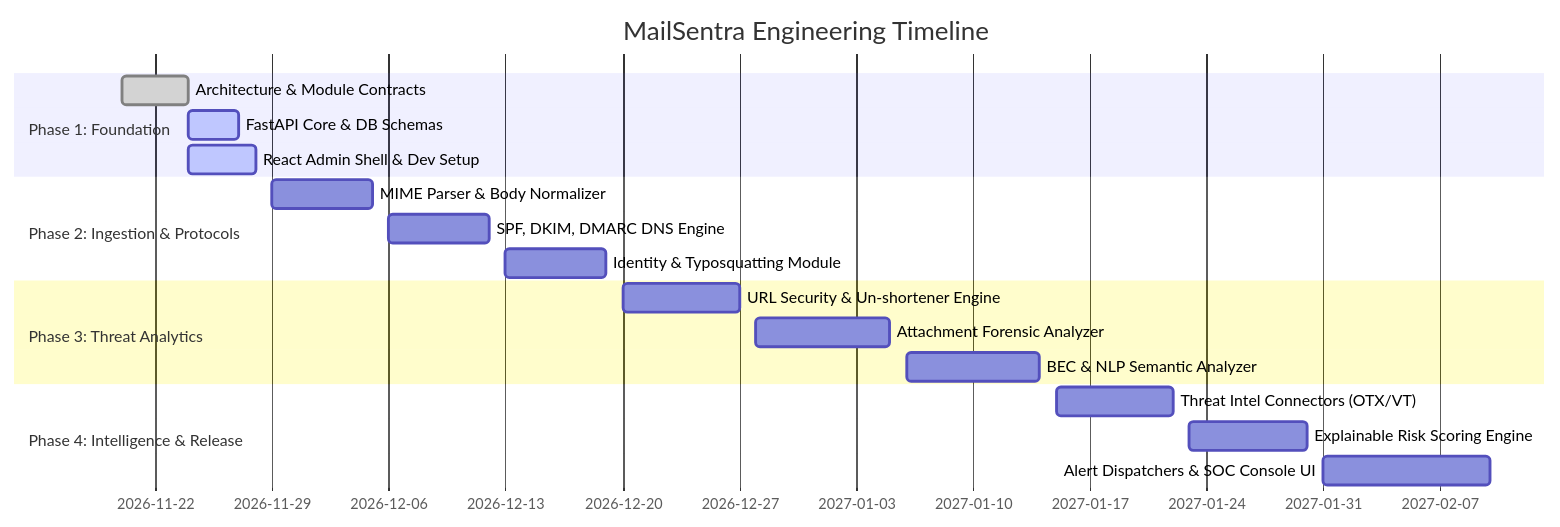
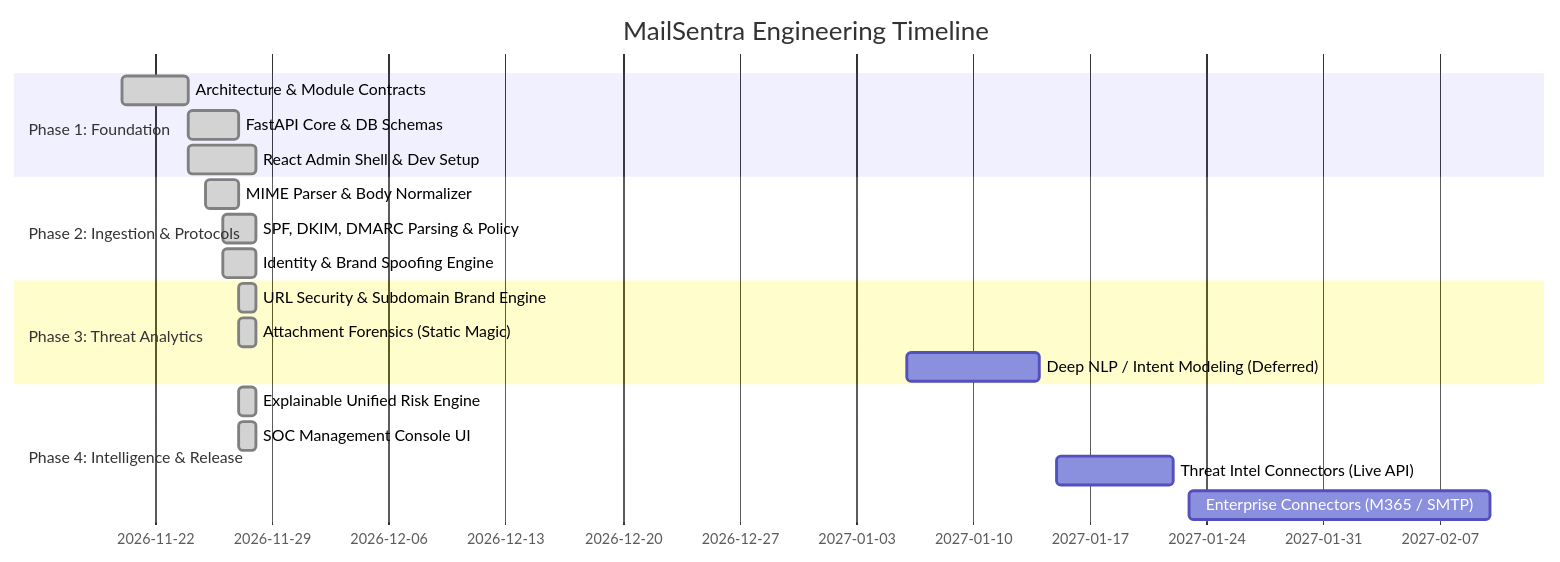
The diagram in DEVELOPMENT_ROADMAP.md (vatsalgupta799-pixel/MailSentra), drawn with Mermaid before and after one commit. The commit also changed other lines of this file and 33 other files, not shown here.

````diff
--- a/DEVELOPMENT_ROADMAP.md
+++ b/DEVELOPMENT_ROADMAP.md
@@ -11,21 +11,22 @@
 ```mermaid
 gantt
     title MailSentra Engineering Timeline
     dateFormat  YYYY-MM-DD
     section Phase 1: Foundation
     Architecture & Module Contracts       :done,    p1a, 2026-11-20, 2026-11-24
-    FastAPI Core & DB Schemas             :active,  p1b, 2026-11-24, 2026-11-27
-    React Admin Shell & Dev Setup         :active,  p1c, 2026-11-24, 2026-11-28
+    FastAPI Core & DB Schemas             :done,    p1b, 2026-11-24, 2026-11-27
+    React Admin Shell & Dev Setup         :done,    p1c, 2026-11-24, 2026-11-28
     section Phase 2: Ingestion & Protocols
-    MIME Parser & Body Normalizer         :         p2a, 2026-11-29, 2026-12-05
-    SPF, DKIM, DMARC DNS Engine           :         p2b, 2026-12-06, 2026-12-12
-    Identity & Typosquatting Module       :         p2c, 2026-12-13, 2026-12-19
+    MIME Parser & Body Normalizer         :done,    p2a, 2026-11-25, 2026-11-27
+    SPF, DKIM, DMARC Parsing & Policy     :done,    p2b, 2026-11-26, 2026-11-28
+    Identity & Brand Spoofing Engine      :done,    p2c, 2026-11-26, 2026-11-28
     section Phase 3: Threat Analytics
-    URL Security & Un-shortener Engine    :         p3a, 2026-12-20, 2026-12-27
-    Attachment Forensic Analyzer          :         p3b, 2026-12-28, 2027-01-05
-    BEC & NLP Semantic Analyzer           :         p3c, 2027-01-06, 2027-01-14
+    URL Security & Subdomain Brand Engine :done,    p3a, 2026-11-27, 2026-11-28
+    Attachment Forensics (Static Magic)   :done,    p3b, 2026-11-27, 2026-11-28
+    Deep NLP / Intent Modeling (Deferred) :         p3c, 2027-01-06, 2027-01-14
     section Phase 4: Intelligence & Release
-    Threat Intel Connectors (OTX/VT)      :         p4a, 2027-01-15, 2027-01-22
-    Explainable Risk Scoring Engine       :         p4b, 2027-01-23, 2027-01-30
-    Alert Dispatchers & SOC Console UI    :         p4c, 2027-01-31, 2027-02-10
+    Explainable Unified Risk Engine       :done,    p4a, 2026-11-27, 2026-11-28
+    SOC Management Console UI             :done,    p4b, 2026-11-27, 2026-11-28
+    Threat Intel Connectors (Live API)    :         p4c, 2027-01-15, 2027-01-22
+    Enterprise Connectors (M365 / SMTP)   :         p4d, 2027-01-23, 2027-02-10
 ```
````
